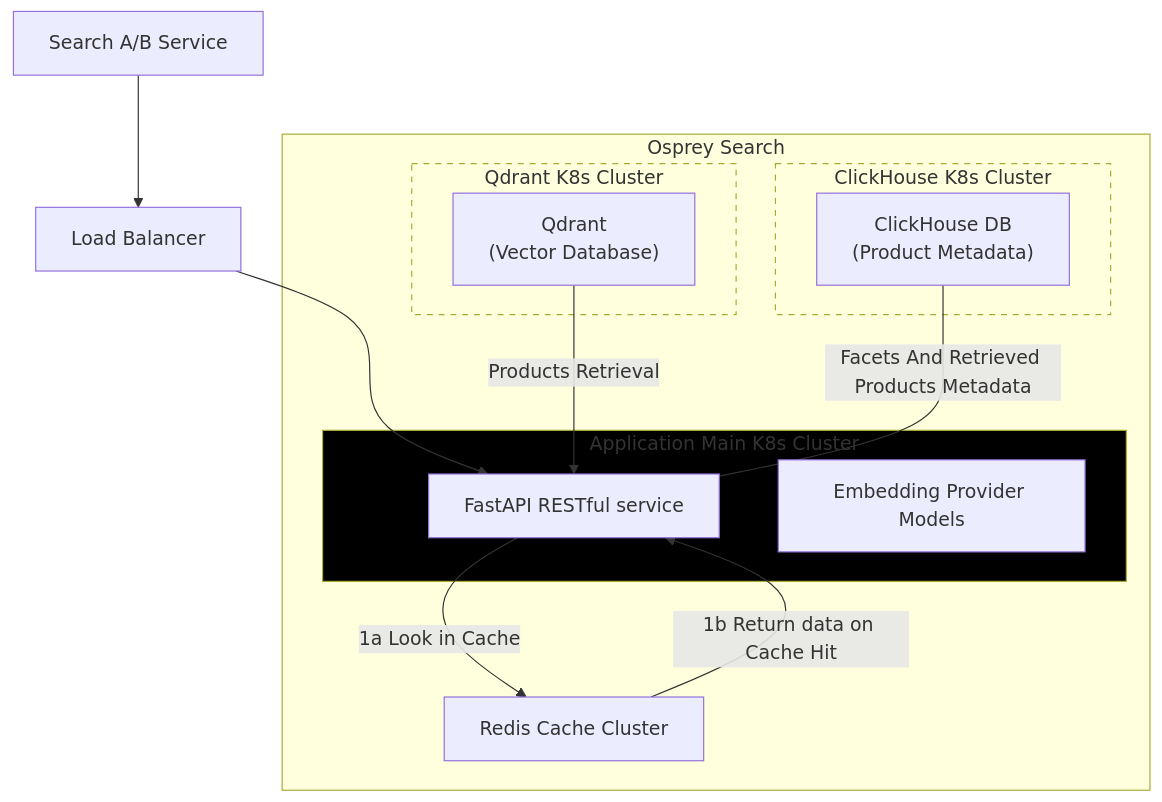
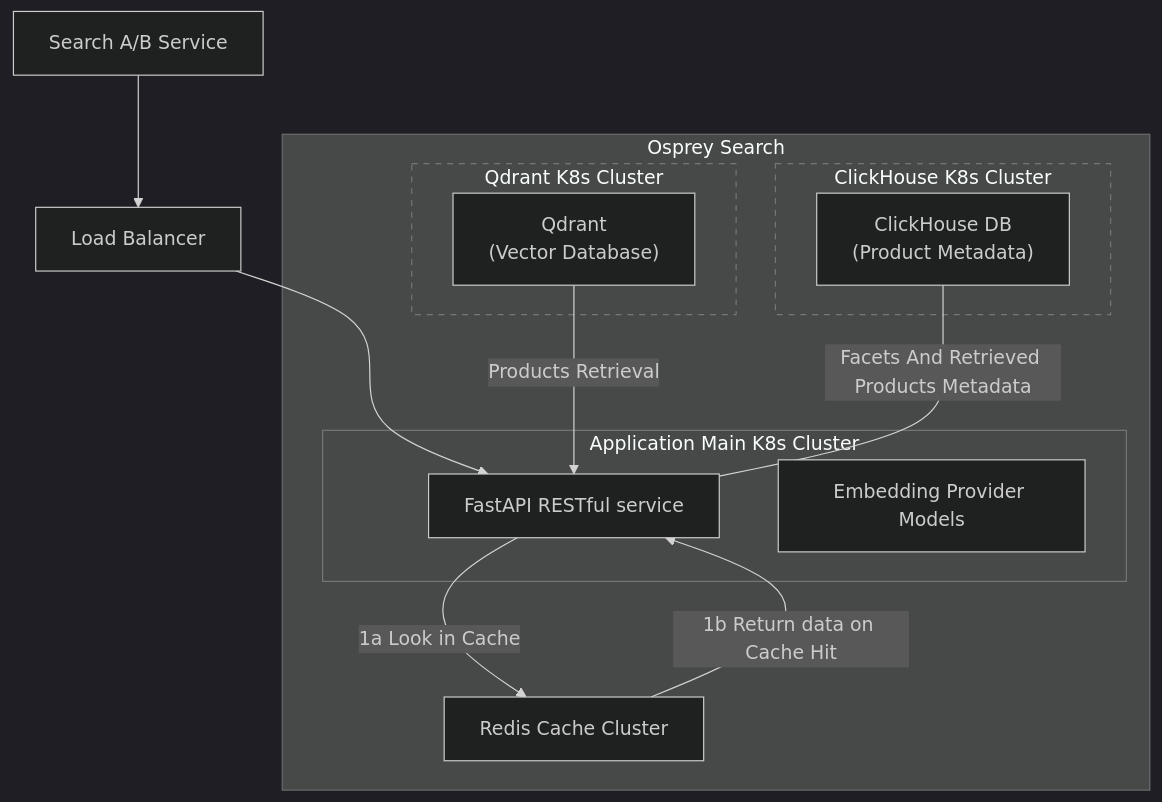
One commit to caiferris/qtact changed the diagram in osprey_search_ARCHITECTURE.md. Above: the diagram before and after it, drawn with Mermaid.

Commit message:
Updated osprey doc

````diff
--- a/osprey_search_ARCHITECTURE.md
+++ b/osprey_search_ARCHITECTURE.md
@@ -45,30 +45,35 @@
 ```mermaid
+%%{
+  init: {
+    'theme': 'dark'
+  }
+}%%
 graph 
   query["Search A/B Service"]
   load_balancer["Load Balancer"]
   api_server["FastAPI RESTful service"]
   embedding_model["Embedding Provider Models"]
   redis["Redis Cache Cluster"]
   qdrant_vdb["`Qdrant
 (Vector Database)`"]
   clickhouse_cdb["`ClickHouse DB
 (Product Metadata)`"]
   query --> load_balancer --> api_server
 subgraph parent_subgraph["Osprey Search"]
   api_server -- 1a Look in Cache --> redis
   redis -- 1b Return data on Cache Hit --> api_server
   subgraph sub_graph_group1["Application Main K8s Cluster"]
-    style sub_graph_group1 stroke: 5, 5,fill: #000
+    style sub_graph_group1 stroke: 5, 5
     api_server
     embedding_model
   end
   subgraph qdrant_cluster["Qdrant K8s Cluster"]
     style qdrant_cluster stroke-dasharray: 5, 5
     qdrant_vdb -- Products Retrieval --> api_server
   end
   subgraph clickhouse_cluster["ClickHouse K8s Cluster"]
     style clickhouse_cluster stroke-dasharray: 5, 5
     clickhouse_cdb -- Facets And Retrieved Products Metadata --- api_server
   end
 end
 ```
````
